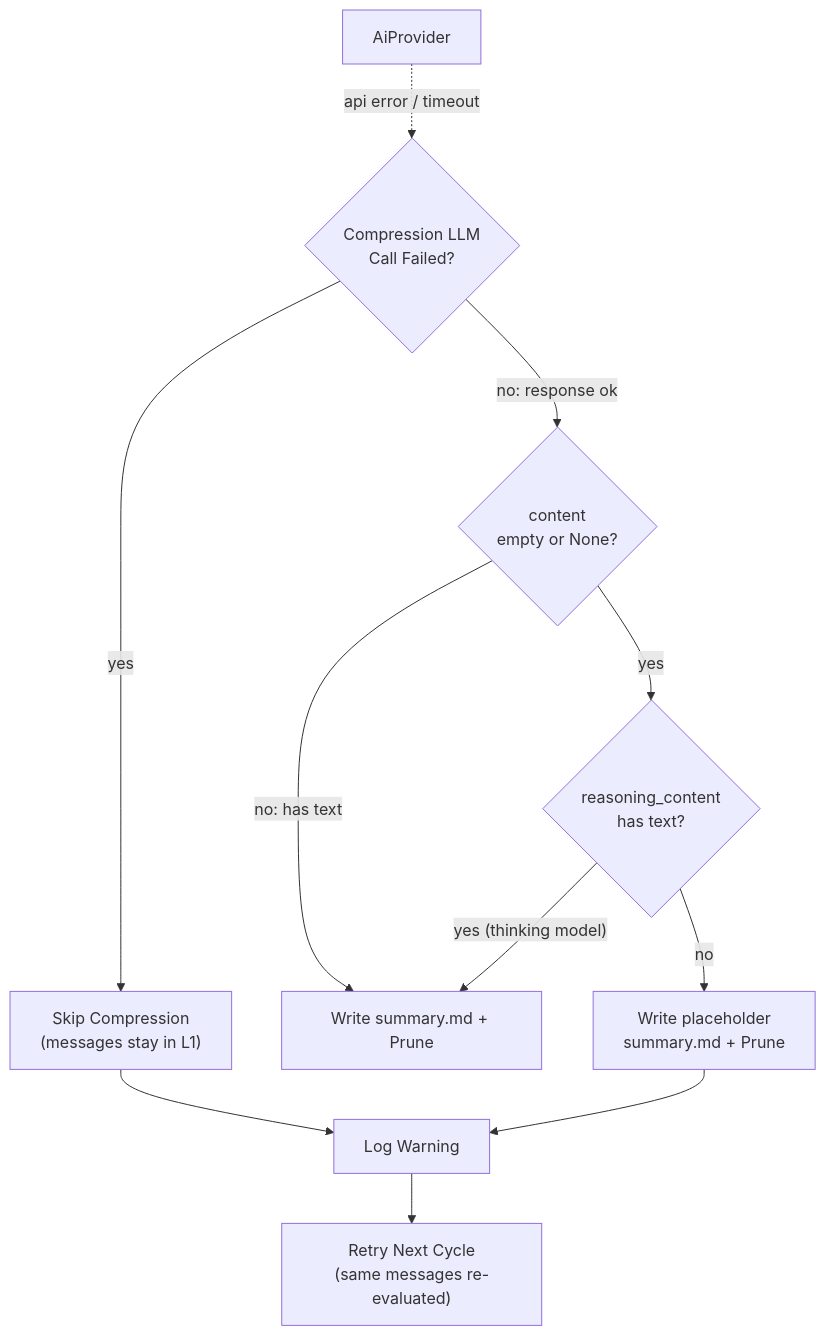
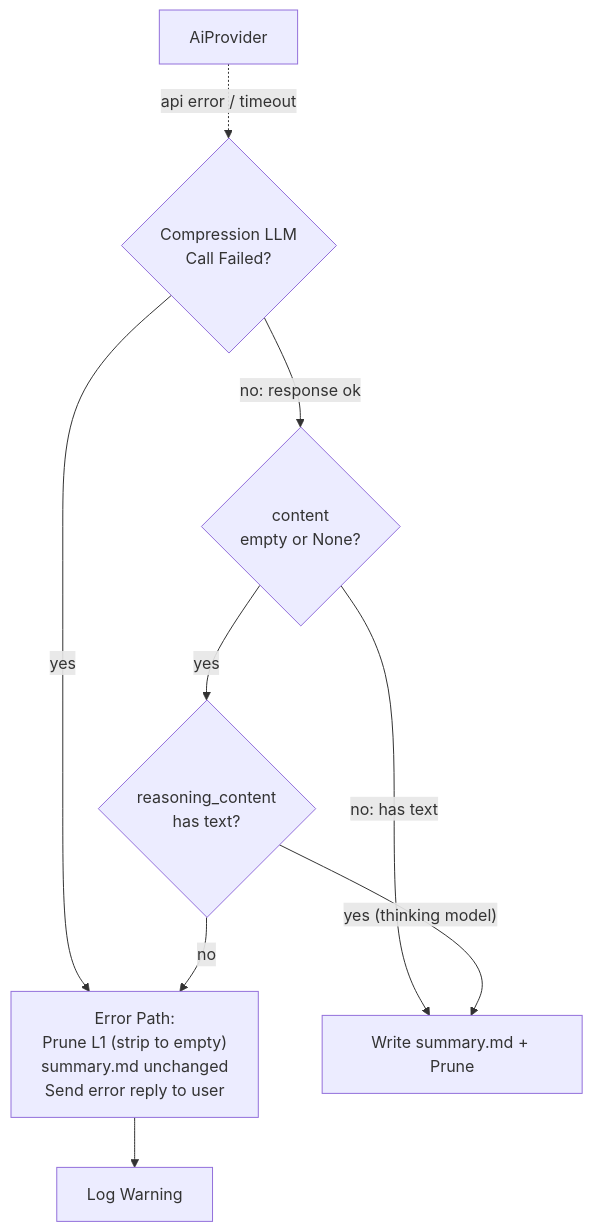
The sixth of 6 diagrams in _dfd/memory/memory-compression.md (cosmoswafer/rockbot), drawn with Mermaid before and after one commit. The commit also changed other lines of this file and 5 other files, not shown here.

First line of the commit message:
fix(compression): remove placeholder fallback, send error reply, always prune on failure

````diff
--- a/_dfd/memory/memory-compression.md
+++ b/_dfd/memory/memory-compression.md
@@ -240,23 +240,19 @@
 ```mermaid
 flowchart TD
     AI[AiProvider]
     FAIL{Compression LLM<br/>Call Failed?}
     NO_TEXT{"content<br/>empty or None?"}
     HAS_RC{"reasoning_content<br/>has text?"}
-    SKIP["Skip Compression<br/>(messages stay in L1)"]
-    PLACEHOLDER["Write placeholder<br/>summary.md + Prune"]
+    ERROR_PATH["Error Path:<br/>Prune L1 (strip to empty)<br/>summary.md unchanged<br/>Send error reply to user"]
     LOG[Log Warning]
-    RETRY["Retry Next Cycle<br/>(same messages re-evaluated)"]
     CONTINUE[Write summary.md + Prune]
 
     AI -.->|"api error / timeout"| FAIL
-    FAIL -->|"yes"| SKIP
+    FAIL -->|"yes"| ERROR_PATH
     FAIL -->|"no: response ok"| NO_TEXT
     NO_TEXT -->|"no: has text"| CONTINUE
     NO_TEXT -->|"yes"| HAS_RC
     HAS_RC -->|"yes (thinking model)"| CONTINUE
-    HAS_RC -->|"no"| PLACEHOLDER
-    SKIP --> LOG
-    LOG --> RETRY
-    PLACEHOLDER --> LOG
+    HAS_RC -->|"no"| ERROR_PATH
+    ERROR_PATH --> LOG
 ```
````
